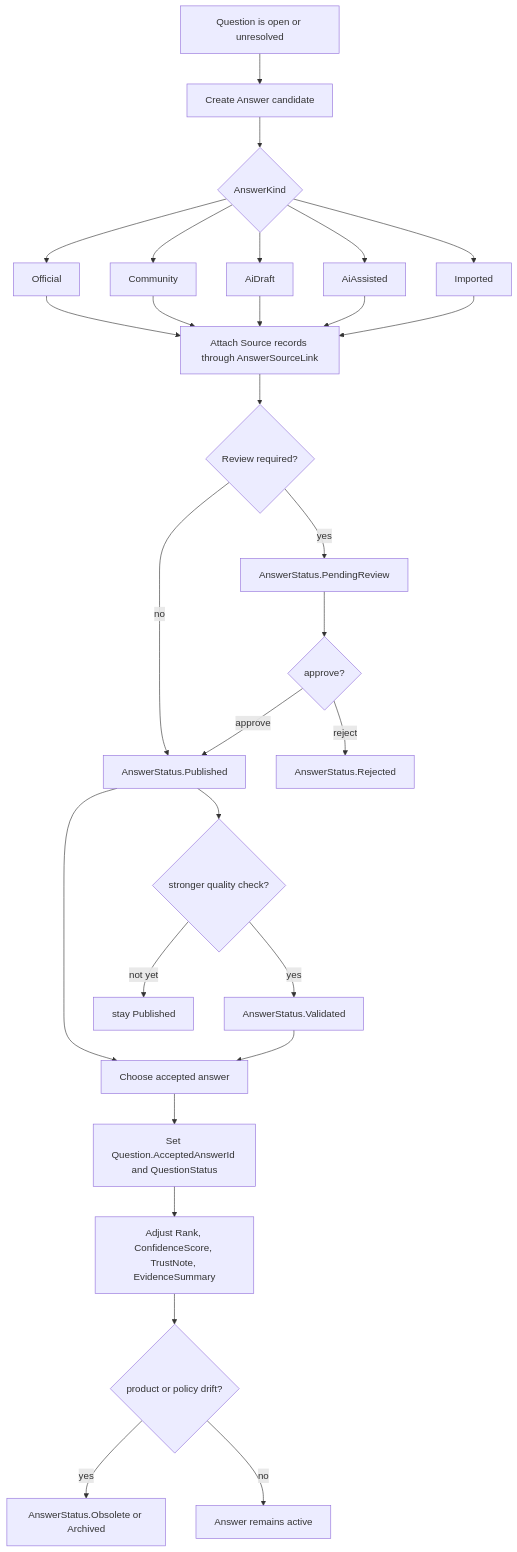
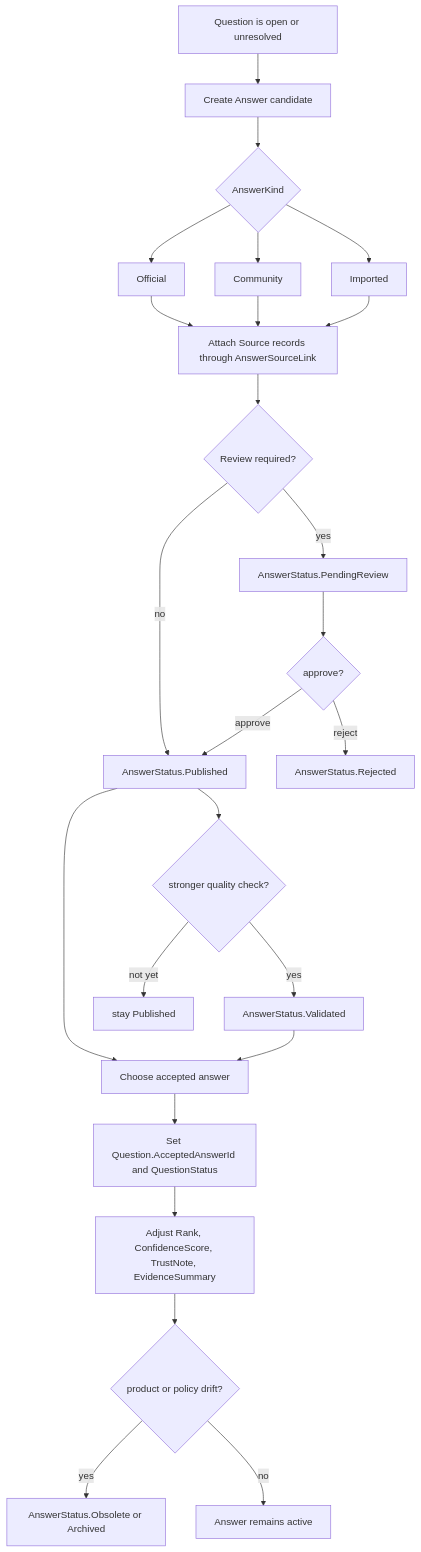
The diagram in dotnet/BaseFaq.Sample.Features.NewQaModel/Flows/03-answer-production-and-selection.md (marcosrioj/querify), drawn with Mermaid before and after one commit. The commit also changed other lines of this file and 323 other files, not shown here.

````diff
--- a/dotnet/BaseFaq.Sample.Features.NewQaModel/Flows/03-answer-production-and-selection.md
+++ b/dotnet/BaseFaq.Sample.Features.NewQaModel/Flows/03-answer-production-and-selection.md
@@ -7,31 +7,27 @@
 ```mermaid
 flowchart TD
     Need[Question is open or unresolved] --> Candidate[Create Answer candidate]
     Candidate --> Kind{AnswerKind}
     Kind --> Official[Official]
     Kind --> Community[Community]
-    Kind --> AiDraft[AiDraft]
-    Kind --> AiAssisted[AiAssisted]
     Kind --> Imported[Imported]
     Official --> Evidence
     Community --> Evidence
-    AiDraft --> Evidence
-    AiAssisted --> Evidence
     Imported --> Evidence
     Evidence[Attach Source records through AnswerSourceLink] --> Review{Review required?}
     Review -->|yes| Pending[AnswerStatus.PendingReview]
     Review -->|no| Published[AnswerStatus.Published]
     Pending --> Decision{approve?}
     Decision -->|approve| Published
     Decision -->|reject| Rejected[AnswerStatus.Rejected]
     Published --> Validate{stronger quality check?}
     Validate -->|yes| Validated[AnswerStatus.Validated]
     Validate -->|not yet| Live[stay Published]
     Published --> Accept[Choose accepted answer]
     Validated --> Accept
     Accept --> Thread[Set Question.AcceptedAnswerId and QuestionStatus]
     Thread --> Rank[Adjust Rank, ConfidenceScore, TrustNote, EvidenceSummary]
     Rank --> Retire{product or policy drift?}
     Retire -->|yes| Obsolete[AnswerStatus.Obsolete or Archived]
     Retire -->|no| Active[Answer remains active]
 ```
````
